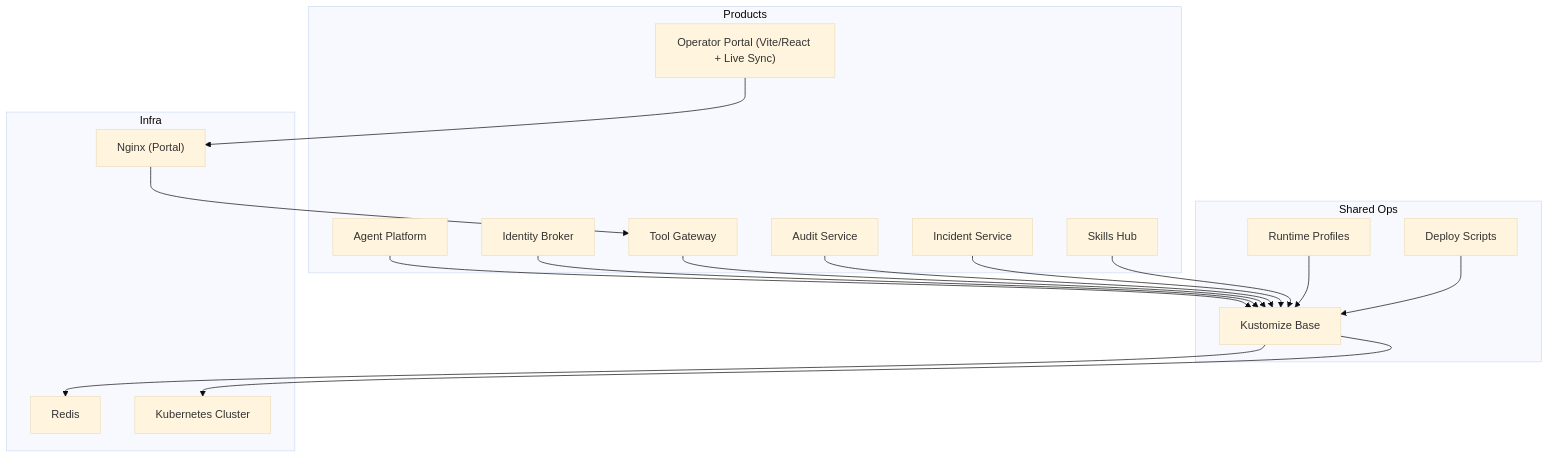
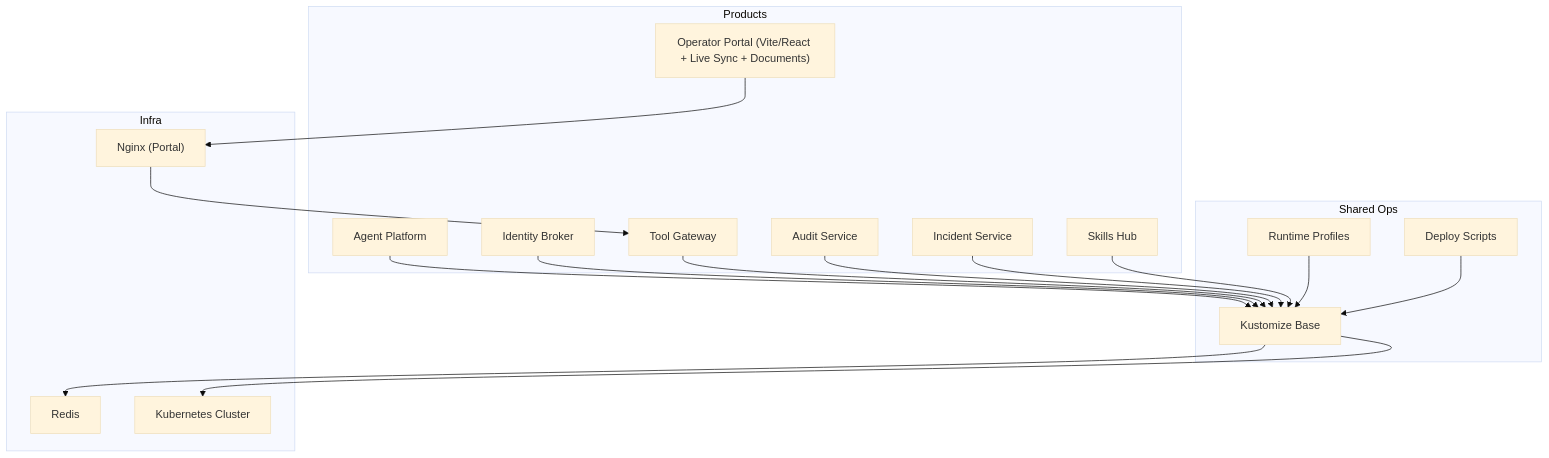
The first of 2 diagrams in .qoder/repowiki/en/content/Getting Started.md (metasync/luban-aiops), drawn with Mermaid (base theme) before and after one commit. The commit also changed other lines of this file and 92 other files, not shown here.

````diff
--- a/.qoder/repowiki/en/content/Getting Started.md
+++ b/.qoder/repowiki/en/content/Getting Started.md
@@ -116,34 +122,34 @@
 ```mermaid
 graph TB
 subgraph "Products"
 AP["Agent Platform"]
 IB["Identity Broker"]
 TG["Tool Gateway"]
-OP["Operator Portal (Vite/React + Live Sync)"]
+OP["Operator Portal (Vite/React + Live Sync + Documents)"]
 AS["Audit Service"]
 IS["Incident Service"]
 SH["Skills Hub"]
 end
 subgraph "Shared Ops"
 KO["Kustomize Base"]
 RP["Runtime Profiles"]
 DS["Deploy Scripts"]
 end
 subgraph "Infra"
 RDS["Redis"]
 K8S["Kubernetes Cluster"]
 NGINX["Nginx (Portal)"]
 end
 AP --> KO
 IB --> KO
 TG --> KO
 OP --> NGINX
 AS --> KO
 IS --> KO
 SH --> KO
 KO --> RDS
 KO --> K8S
 RP --> KO
 DS --> KO
 NGINX --> TG
 ```
````
